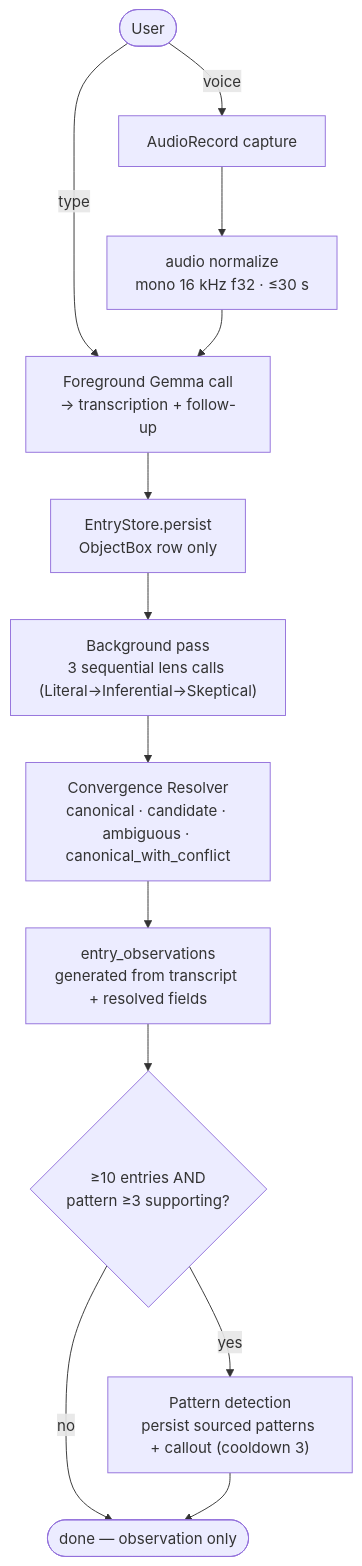
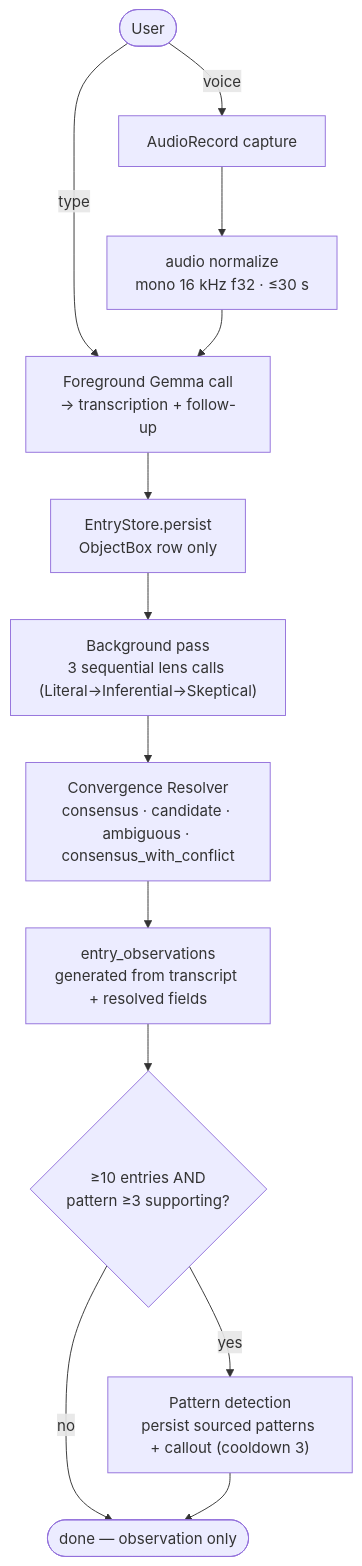
The fourth of 4 diagrams in docs/diagrams/architecture.md (anchildress1/vestige), drawn with Mermaid before and after one commit. The commit also changed 75 other files, not shown here.

First line of the commit message:
feat: recurrence viability pipeline + canonical→consensus rename (#60)

````diff
--- a/docs/diagrams/architecture.md
+++ b/docs/diagrams/architecture.md
@@ -90,18 +90,18 @@
 ```mermaid
 flowchart TB
     accTitle: End-to-end capture and extraction dataflow
-    accDescr: User records or types. Voice goes through AudioRecord then audio normalization to mono 16kHz float32 max 30s, then a foreground Gemma call returns transcription and one follow-up. EntryStore persists ObjectBox rows only. A background pass runs three sequential lens calls, the convergence resolver writes canonical, candidate, or ambiguous fields plus entry observations, then pattern detection runs when the threshold is met.
+    accDescr: User records or types. Voice goes through AudioRecord then audio normalization to mono 16kHz float32 max 30s, then a foreground Gemma call returns transcription and one follow-up. EntryStore persists ObjectBox rows only. A background pass runs three sequential lens calls, the convergence resolver writes consensus, candidate, or ambiguous fields plus entry observations, then pattern detection runs when the threshold is met.
 
     U(["User"]) -- voice --> AR["AudioRecord capture"]
     U -- type --> FG
     AR --> NORM["audio normalize<br/>mono 16 kHz f32 · ≤30 s"]
     NORM --> FG["Foreground Gemma call<br/>→ transcription + follow-up"]
     FG --> ES["EntryStore.persist<br/>ObjectBox row only"]
     ES --> BG["Background pass<br/>3 sequential lens calls (Literal→Inferential→Skeptical)"]
-    BG --> CR["Convergence Resolver<br/>canonical · candidate · ambiguous · canonical_with_conflict"]
+    BG --> CR["Convergence Resolver<br/>consensus · candidate · ambiguous · consensus_with_conflict"]
     CR --> OBS["entry_observations<br/>generated from transcript + resolved fields"]
     OBS --> PD{"≥10 entries AND<br/>pattern ≥3 supporting?"}
     PD -- yes --> PAT["Pattern detection<br/>persist sourced patterns + callout (cooldown 3)"]
     PD -- no --> Done(["done — observation only"])
     PAT --> Done
 ```
````
